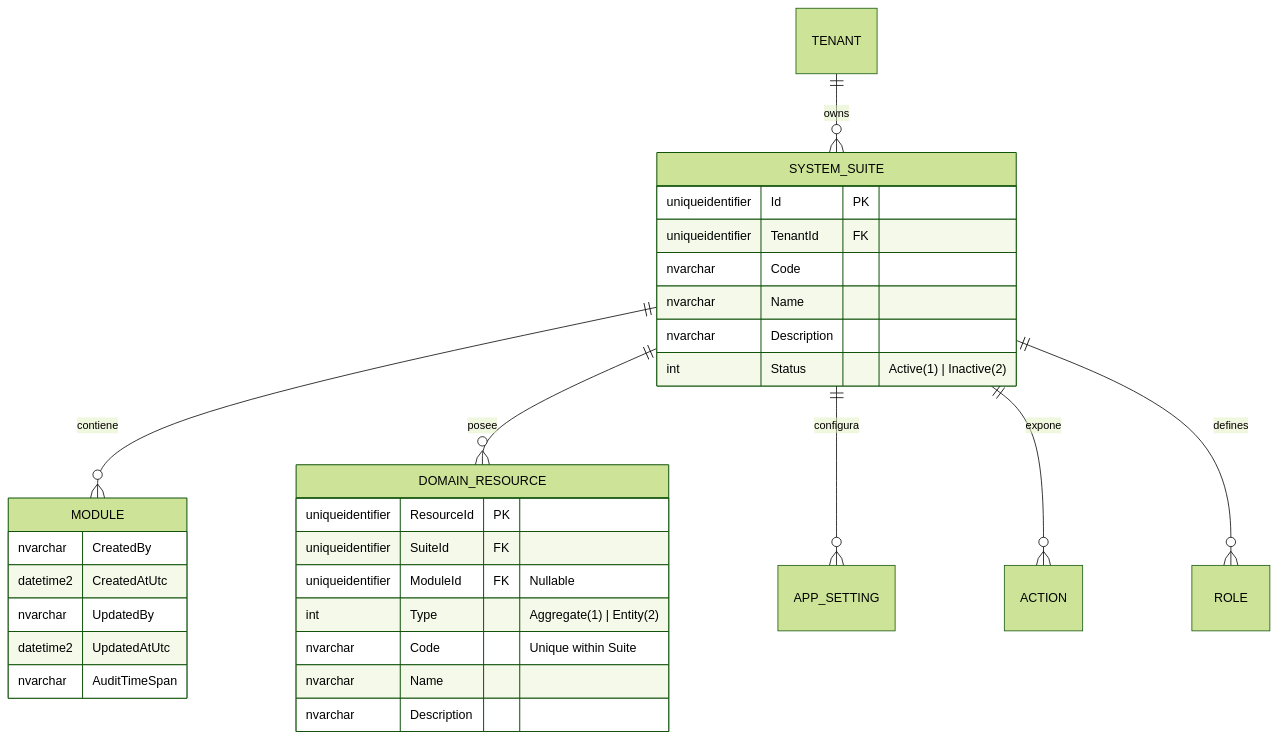
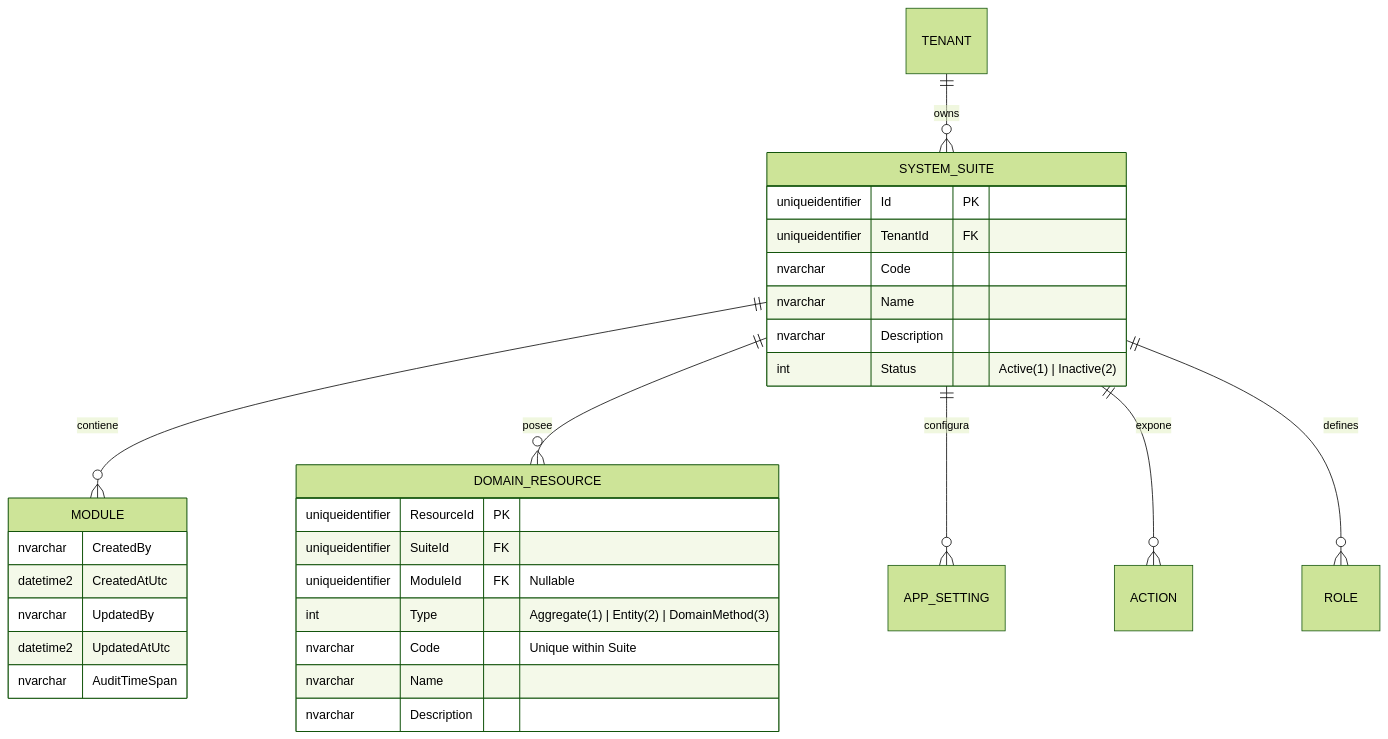
Before and after one commit to beyondnetcode/ums: the third of 3 diagrams in docs/domain/authorization/system-suite.md, drawn with Mermaid (forest theme). The commit also changed other lines of this file and 22 other files, not shown here.

````diff
--- a/docs/domain/authorization/system-suite.md
+++ b/docs/domain/authorization/system-suite.md
@@ -169,34 +170,34 @@
 ```mermaid
 erDiagram
     TENANT ||--o{ SYSTEM_SUITE : "owns"
     SYSTEM_SUITE ||--o{ MODULE : "contiene"
     SYSTEM_SUITE ||--o{ DOMAIN_RESOURCE : "posee"
     SYSTEM_SUITE ||--o{ APP_SETTING : "configura"
     SYSTEM_SUITE ||--o{ ACTION : "expone"
     SYSTEM_SUITE ||--o{ ROLE : "defines"
 
     SYSTEM_SUITE {
         uniqueidentifier Id PK
         uniqueidentifier TenantId FK
         nvarchar Code
         nvarchar Name
         nvarchar Description
         int Status "Active(1) | Inactive(2)"
     }
     DOMAIN_RESOURCE {
         uniqueidentifier ResourceId PK
         uniqueidentifier SuiteId FK
         uniqueidentifier ModuleId FK "Nullable"
-        int Type "Aggregate(1) | Entity(2)"
+        int Type "Aggregate(1) | Entity(2) | DomainMethod(3)"
         nvarchar Code "Unique within Suite"
         nvarchar Name
         nvarchar Description
     }
     MODULE {
         nvarchar CreatedBy
         datetime2 CreatedAtUtc
         nvarchar UpdatedBy
         datetime2 UpdatedAtUtc
         nvarchar AuditTimeSpan
     }
 ```
````
